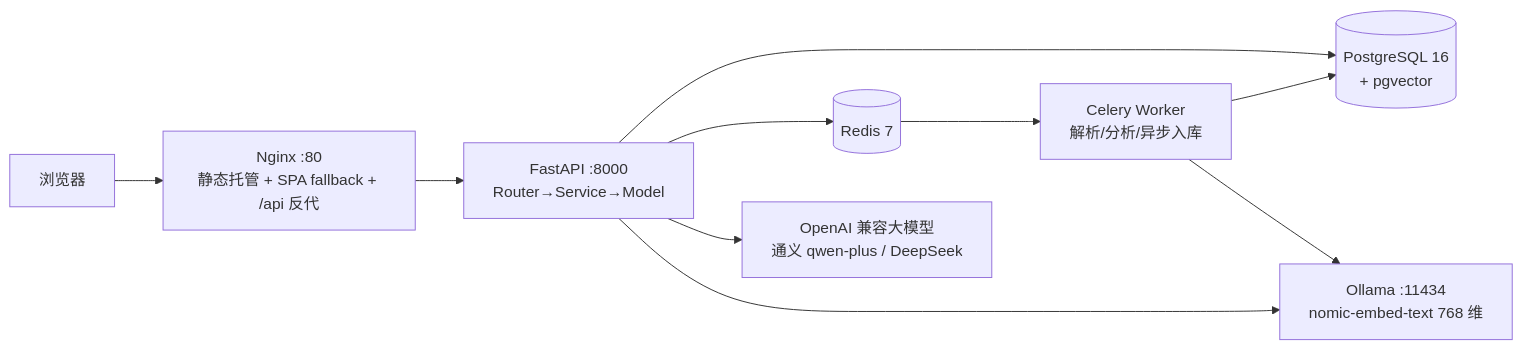
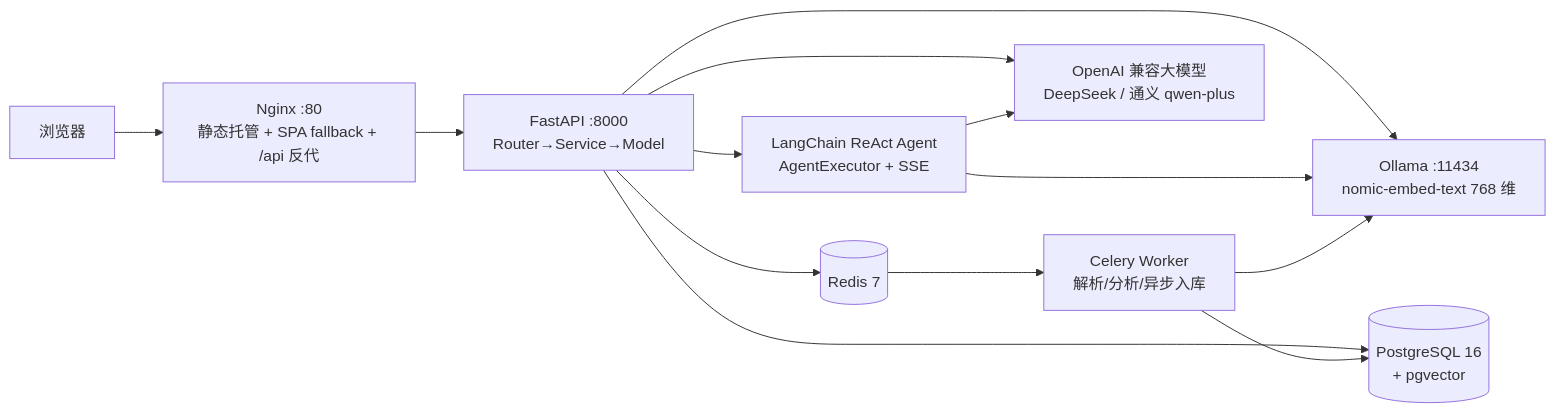
The diagram in docs/tech-stack-and-features.md (witwarmthhumor/AIResume-analysis-platform-AI-), drawn with Mermaid before and after one commit. The commit also changed other lines of this file and 23 other files, not shown here.

First line of the commit message:
feat: v3.5 混合检索提优 + Agent 四工具 + 面试复盘雷达图 + 分析版本对比

````diff
--- a/docs/tech-stack-and-features.md
+++ b/docs/tech-stack-and-features.md
@@ -14,12 +14,15 @@
 ```mermaid
 flowchart LR
   Browser[浏览器] --> Nginx[Nginx :80<br/>静态托管 + SPA fallback + /api 反代]
   Nginx --> API[FastAPI :8000<br/>Router→Service→Model]
   API --> PG[(PostgreSQL 16<br/>+ pgvector)]
   API --> Redis[(Redis 7)]
   Redis --> Worker[Celery Worker<br/>解析/分析/异步入库]
   Worker --> PG
-  API --> LLM[OpenAI 兼容大模型<br/>通义 qwen-plus / DeepSeek]
+  API --> LLM[OpenAI 兼容大模型<br/>DeepSeek / 通义 qwen-plus]
   API --> Ollama[Ollama :11434<br/>nomic-embed-text 768 维]
+  API --> Agent[LangChain ReAct Agent<br/>AgentExecutor + SSE]
+  Agent --> Ollama
+  Agent --> LLM
   Worker --> Ollama
 ```
````
